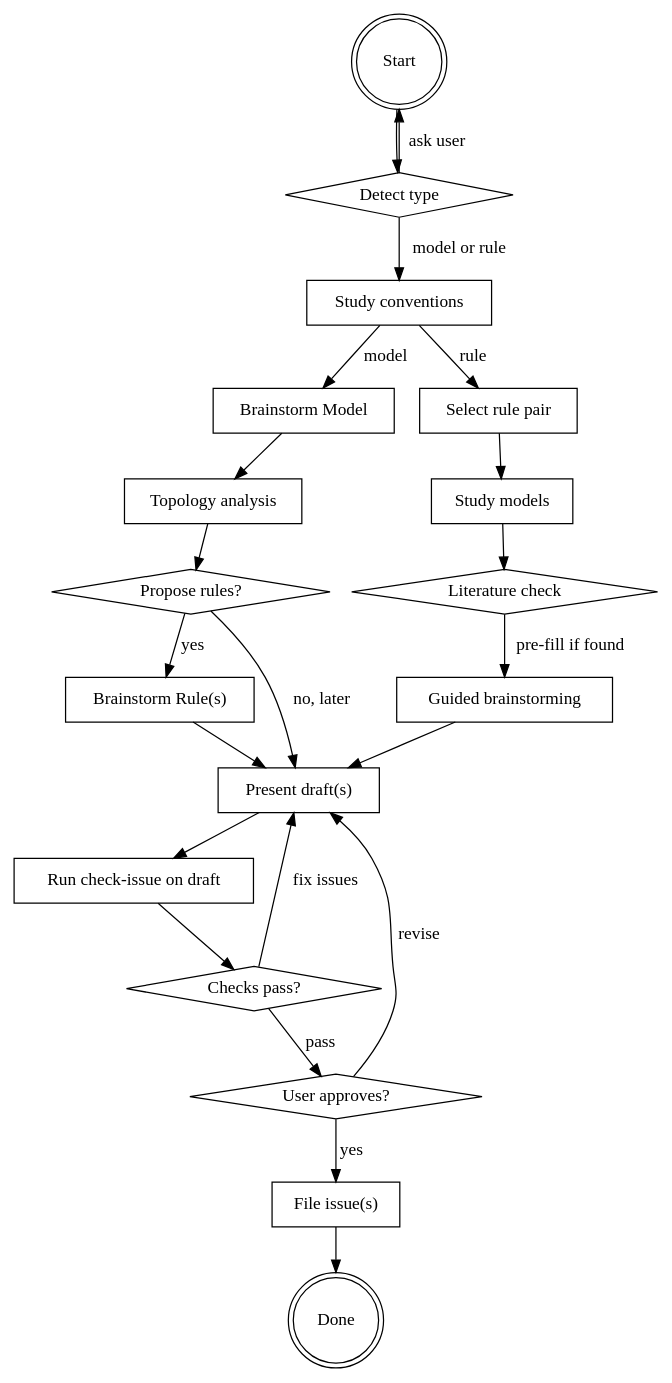
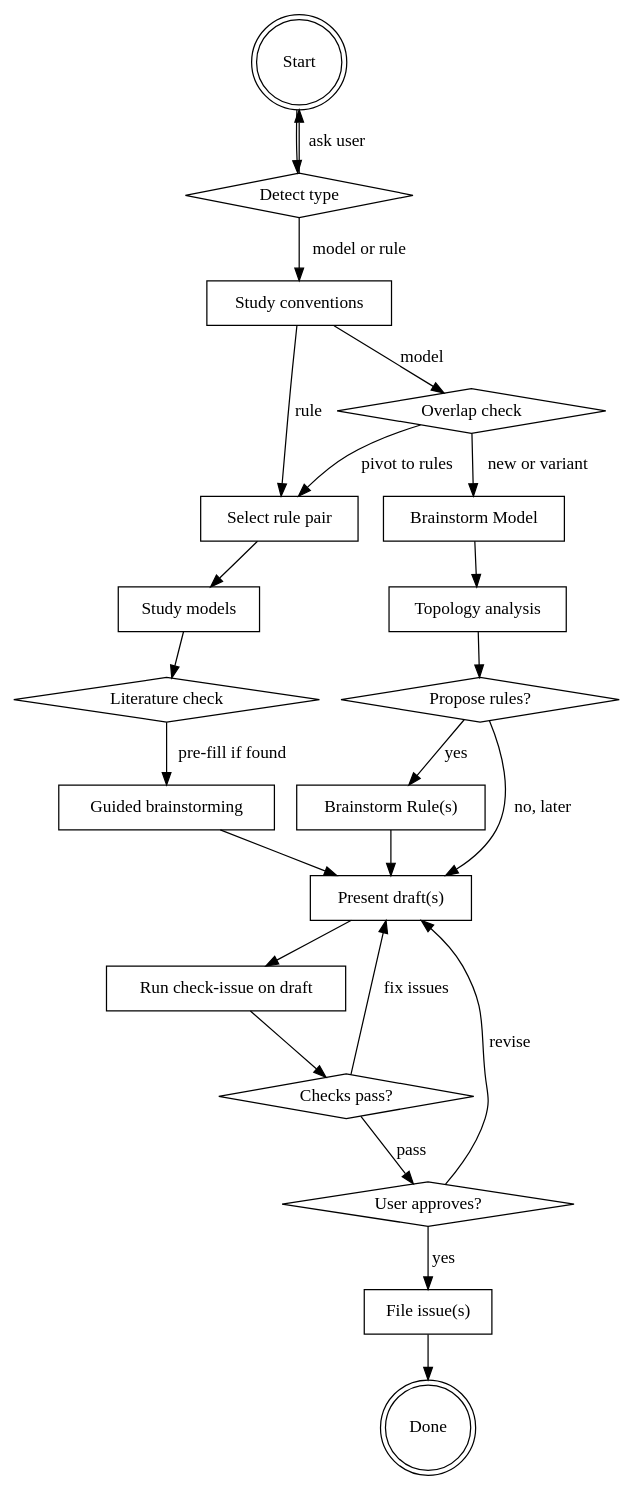
Before and after one commit to zazabap/problem-reductions: the diagram in .claude/skills/propose/SKILL.md, drawn with Graphviz. The commit also changed other lines of this file and 5 other files, not shown here.

````diff
--- a/.claude/skills/propose/SKILL.md
+++ b/.claude/skills/propose/SKILL.md
@@ -27,45 +27,48 @@
 ```dot
 digraph propose {
     rankdir=TB;
     "Start" [shape=doublecircle];
     "Detect type" [shape=diamond];
     "Brainstorm Model" [shape=box];
     "Topology analysis" [shape=box];
     "Propose rules?" [shape=diamond];
     "Brainstorm Rule(s)" [shape=box];
     "Select rule pair" [shape=box];
     "Study models" [shape=box];
     "Literature check" [shape=diamond];
     "Guided brainstorming" [shape=box];
     "Present draft(s)" [shape=box];
     "Run check-issue on draft" [shape=box];
     "Checks pass?" [shape=diamond];
     "User approves?" [shape=diamond];
     "File issue(s)" [shape=box];
     "Done" [shape=doublecircle];
 
     "Study conventions" [shape=box];
+    "Overlap check" [shape=diamond];
 
     "Start" -> "Detect type";
     "Detect type" -> "Study conventions" [label="model or rule"];
     "Detect type" -> "Start" [label="ask user"];
-    "Study conventions" -> "Brainstorm Model" [label="model"];
+    "Study conventions" -> "Overlap check" [label="model"];
+    "Overlap check" -> "Brainstorm Model" [label="new or variant"];
+    "Overlap check" -> "Select rule pair" [label="pivot to rules"];
     "Study conventions" -> "Select rule pair" [label="rule"];
     "Select rule pair" -> "Study models";
     "Study models" -> "Literature check";
     "Literature check" -> "Guided brainstorming" [label="pre-fill if found"];
     "Guided brainstorming" -> "Present draft(s)";
     "Brainstorm Model" -> "Topology analysis";
     "Topology analysis" -> "Propose rules?";
     "Propose rules?" -> "Brainstorm Rule(s)" [label="yes"];
     "Propose rules?" -> "Present draft(s)" [label="no, later"];
     "Brainstorm Rule(s)" -> "Present draft(s)";
     "Present draft(s)" -> "Run check-issue on draft";
     "Run check-issue on draft" -> "Checks pass?";
     "Checks pass?" -> "Present draft(s)" [label="fix issues"];
     "Checks pass?" -> "User approves?" [label="pass"];
     "User approves?" -> "Present draft(s)" [label="revise"];
     "User approves?" -> "File issue(s)" [label="yes"];
     "File issue(s)" -> "Done";
 }
 ```
````
